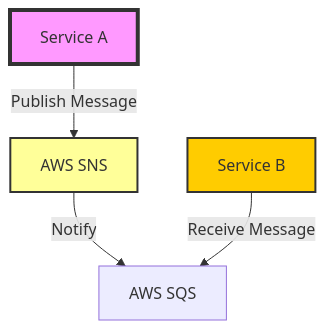
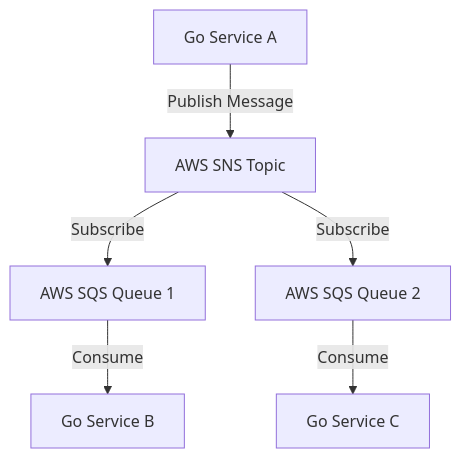
Before and after one commit to JustJordanT/typescript-azure-service-bus: the diagram in README.md, drawn with Mermaid.

````diff
--- a/README.md
+++ b/README.md
@@ -3,10 +3,8 @@
 ```mermaid
 graph TD;
-    A[Service A] -->|Publish Message| C[AWS SNS]
-    B[Service B]
-    C -->|Notify| D[AWS SQS]
-    B -->|Receive Message| D
-    style A fill:#f9f,stroke:#333,stroke-width:4px
-    style B fill:#fc0,stroke:#333,stroke-width:2px
-    style C fill:#ff9,stroke:#333,stroke-width:2px
+    A[Go Service A] -->|Publish Message| B[AWS SNS Topic]
+    B -->|Subscribe| D[AWS SQS Queue 1]
+    B -->|Subscribe| E[AWS SQS Queue 2]
+    D -->|Consume| G[Go Service B]
+    E -->|Consume| H[Go Service C]
 ```
````
